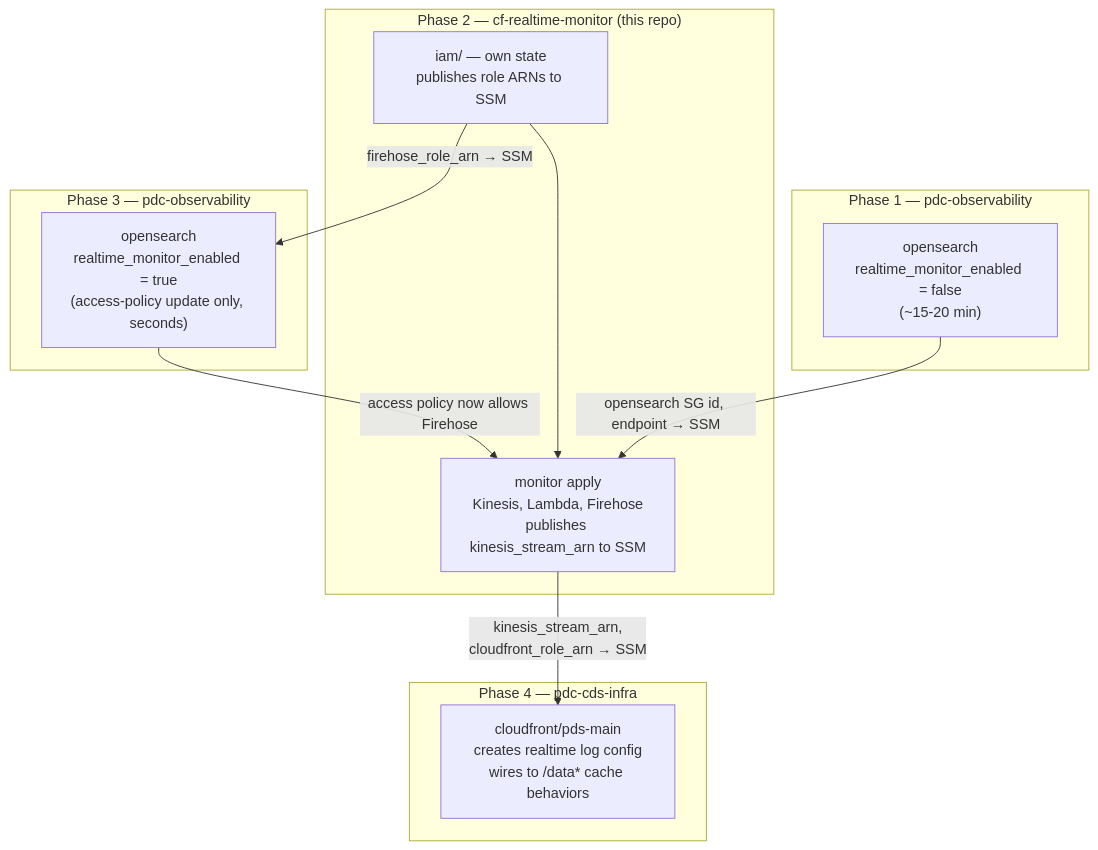
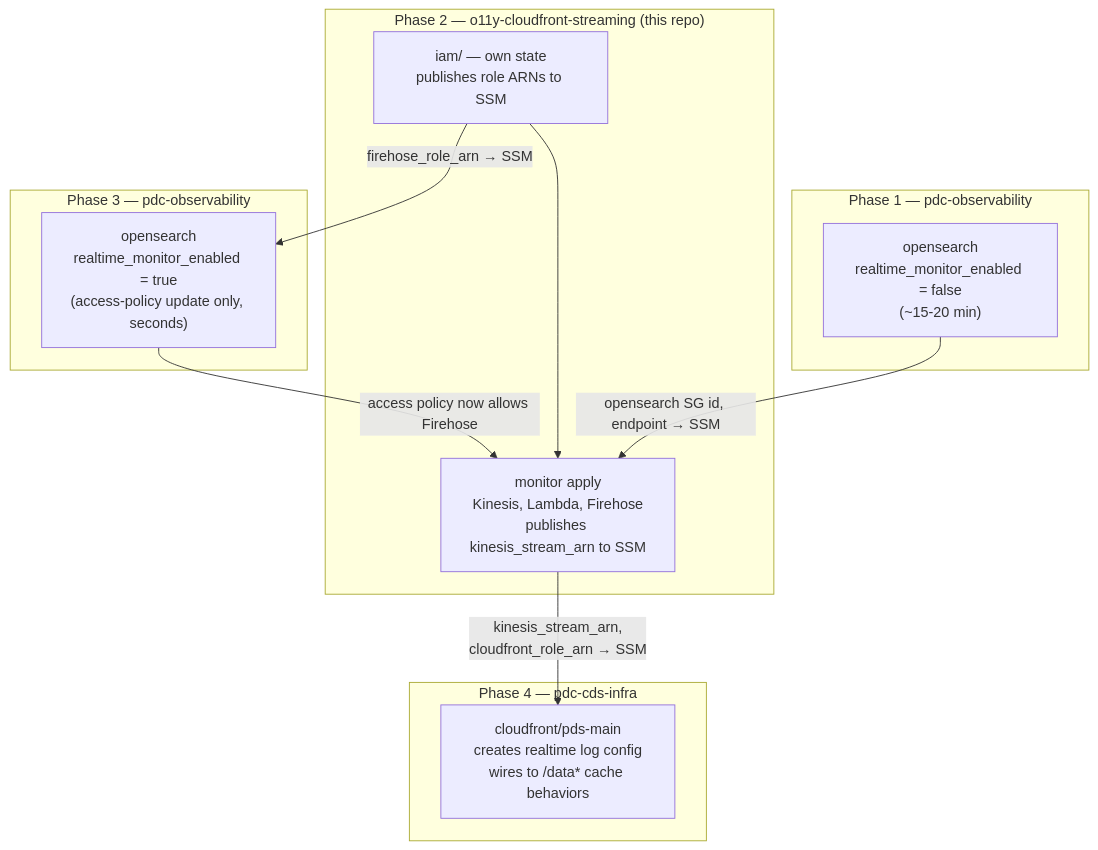
The second of 2 diagrams in terraform/README.md (NASA-PDS/o11y-cloudfront-streaming), drawn with Mermaid before and after one commit. The commit also changed other lines of this file and 8 other files, not shown here.

````diff
--- a/terraform/README.md
+++ b/terraform/README.md
@@ -64,25 +64,25 @@
 ```mermaid
 flowchart TD
     subgraph p1["Phase 1 — pdc-observability"]
         OS1["opensearch\nrealtime_monitor_enabled = false\n(~15-20 min)"]
     end
 
-    subgraph p2["Phase 2 — cf-realtime-monitor (this repo)"]
+    subgraph p2["Phase 2 — o11y-cloudfront-streaming (this repo)"]
         CFIAM["iam/ — own state\npublishes role ARNs to SSM"]
         CFMAIN["monitor apply\nKinesis, Lambda, Firehose\npublishes kinesis_stream_arn to SSM"]
         CFIAM --> CFMAIN
     end
 
     subgraph p3["Phase 3 — pdc-observability"]
         OS2["opensearch\nrealtime_monitor_enabled = true\n(access-policy update only, seconds)"]
     end
 
     subgraph p4["Phase 4 — pdc-cds-infra"]
         CF["cloudfront/pds-main\ncreates realtime log config\nwires to /data* cache behaviors"]
     end
 
     OS1 -->|"opensearch SG id, endpoint → SSM"| CFMAIN
     CFIAM -->|"firehose_role_arn → SSM"| OS2
     CFMAIN -->|"kinesis_stream_arn,\ncloudfront_role_arn → SSM"| CF
     OS2 -->|"access policy now allows Firehose"| CFMAIN
 ```
````
